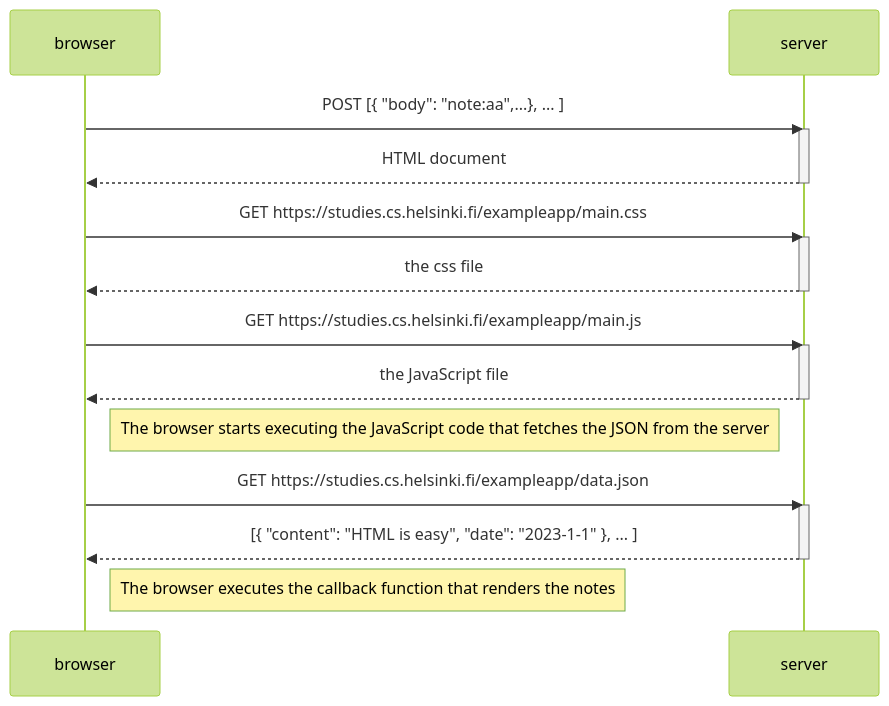
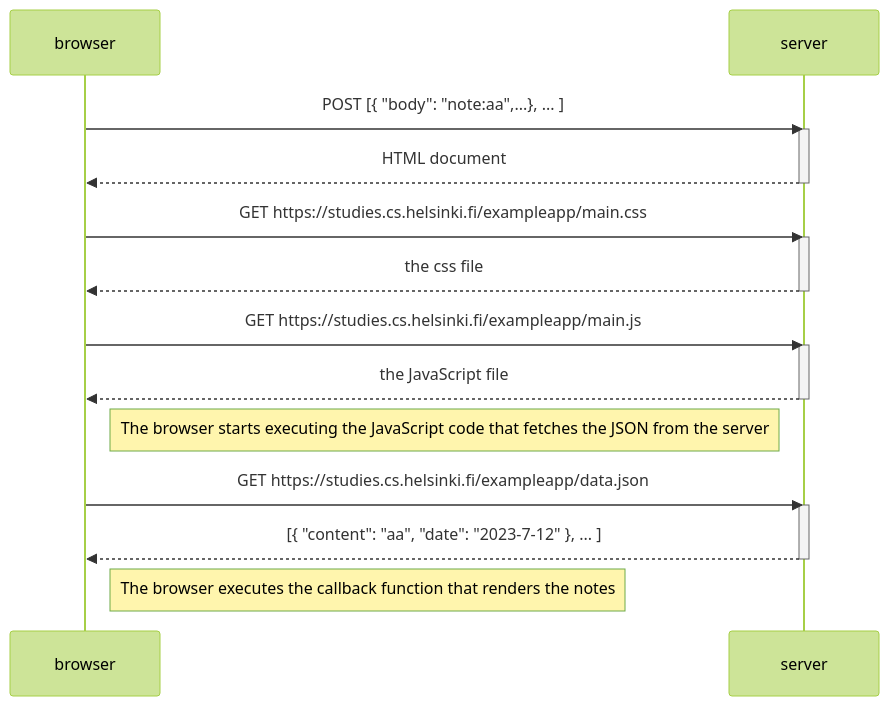
One commit to gianPerissutti/my-submissions changed the diagram in part0/0.4: New note diagram.md. Above: the diagram before and after it, drawn with Mermaid (forest theme).

Commit message:
Update 0.4: New note diagram.md

````diff
--- a/part0/0.4: New note diagram.md
+++ b/part0/0.4: New note diagram.md
@@ -1,28 +1,28 @@
 ```mermaid
 sequenceDiagram
     participant browser
     participant server
     browser->>server: POST [{ "body": "note:aa",...}, ... ]
     activate server
     server-->>browser: HTML document
     deactivate server
 
     browser->>server: GET https://studies.cs.helsinki.fi/exampleapp/main.css
     activate server
     server-->>browser: the css file
     deactivate server
 
     browser->>server: GET https://studies.cs.helsinki.fi/exampleapp/main.js
     activate server
     server-->>browser: the JavaScript file
     deactivate server
 
     Note right of browser: The browser starts executing the JavaScript code that fetches the JSON from the server
 
     browser->>server: GET https://studies.cs.helsinki.fi/exampleapp/data.json
     activate server
-    server-->>browser: [{ "content": "HTML is easy", "date": "2023-1-1" }, ... ]
+    server-->>browser: [{ "content": "aa", "date": "2023-7-12" }, ... ]
     deactivate server
 
     Note right of browser: The browser executes the callback function that renders the notes
 ```
````
